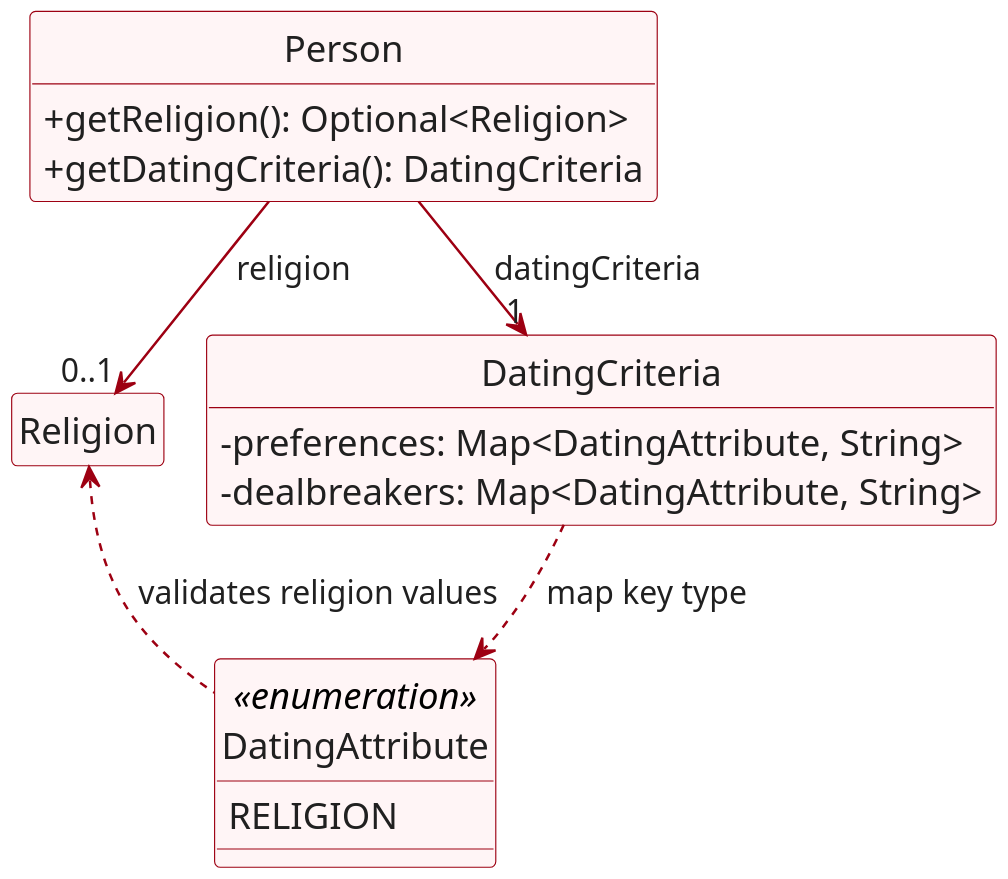
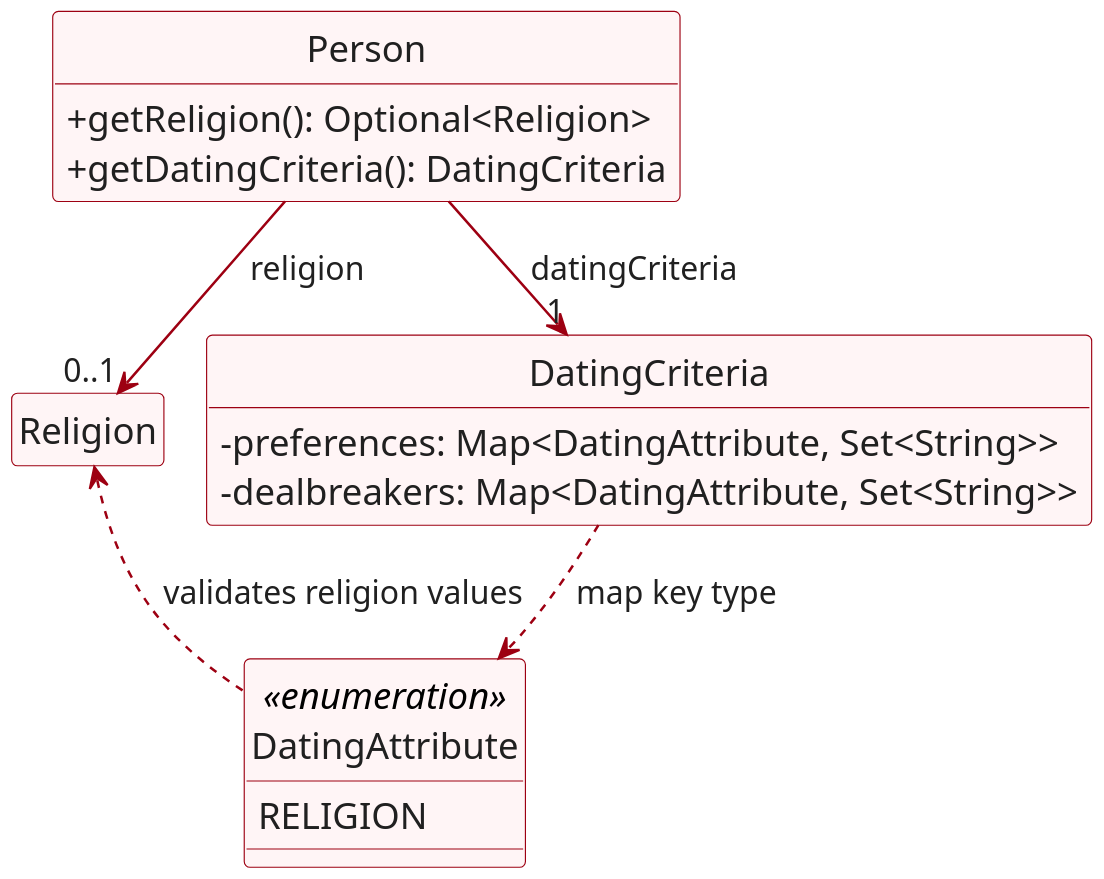
One commit to AY2627S1-CS2103T-W09-1/tp changed the diagram in docs/diagrams/ReligionCriteriaClassDiagram.puml. Above: the diagram before and after it, drawn with PlantUML. The commit also changed 12 other files, not shown here.

```diff
--- a/docs/diagrams/ReligionCriteriaClassDiagram.puml
+++ b/docs/diagrams/ReligionCriteriaClassDiagram.puml
@@ -1,44 +1,44 @@
 @startuml
 !pragma layout smetana
 
 skinparam dpi 192
 skinparam shadowing false
 skinparam defaultFontName Arial
 skinparam defaultFontSize 16
 skinparam arrowThickness 1.1
 skinparam arrowColor #9D0012
 skinparam arrowFontColor #202020
 skinparam arrowFontSize 14
 skinparam classBackgroundColor #FFF5F6
 skinparam classBorderColor #9D0012
 skinparam classFontColor #202020
 skinparam classAttributeFontColor #202020
 skinparam classAttributeIconSize 0
 
 hide circle
 hide members
 
 class Person {
     +getReligion(): Optional<Religion>
     +getDatingCriteria(): DatingCriteria
 }
 class Religion
 class DatingCriteria {
-    -preferences: Map<DatingAttribute, String>
-    -dealbreakers: Map<DatingAttribute, String>
+    -preferences: Map<DatingAttribute, Set<String>>
+    -dealbreakers: Map<DatingAttribute, Set<String>>
 }
 enum DatingAttribute <<enumeration>> {
     RELIGION
 }
 
 show Person methods
 show DatingCriteria fields
 show DatingAttribute members
 
 Person -down-> "0..1" Religion : religion
 Person -down-> "1" DatingCriteria : datingCriteria
 DatingCriteria .down.> DatingAttribute : map key type
 DatingAttribute .left.> Religion : validates religion values
 
 Religion -[hidden]right-> DatingCriteria
 @enduml
```
